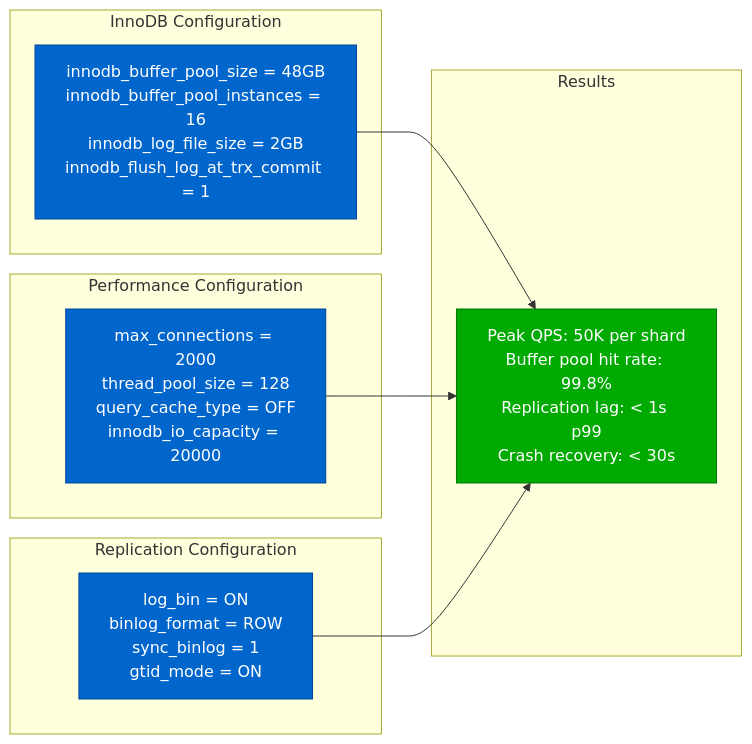
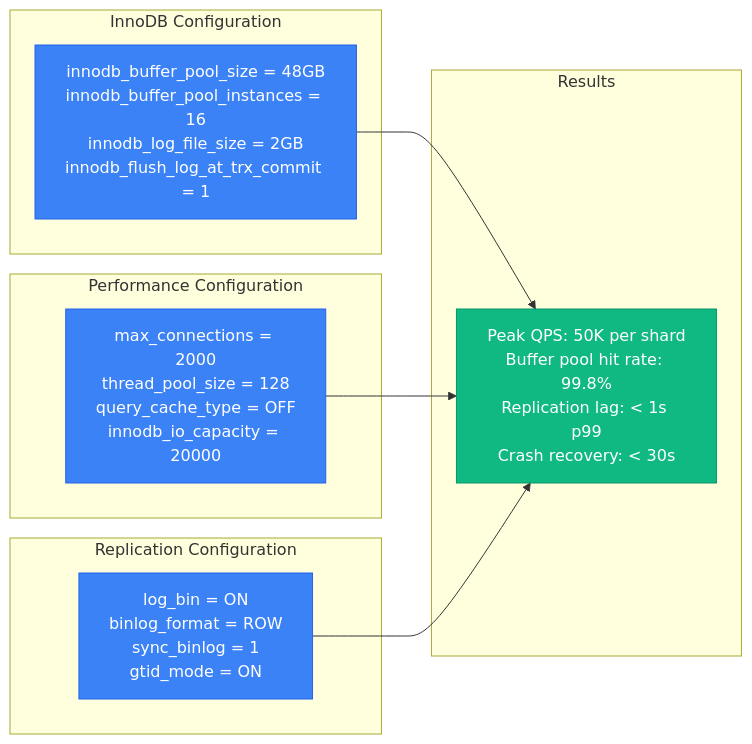
One commit to deepaucksharma/DS changed the tenth of 11 diagrams in site/docs/performance/mysql-performance-profile.md. Above: the diagram before and after it, drawn with Mermaid. The commit also changed other lines of this file and 303 other files, not shown here.

````diff
--- a/site/docs/performance/mysql-performance-profile.md
+++ b/site/docs/performance/mysql-performance-profile.md
@@ -398,28 +398,28 @@
 ```mermaid
 graph LR
     subgraph "InnoDB Configuration"
         I1[innodb_buffer_pool_size = 48GB<br/>innodb_buffer_pool_instances = 16<br/>innodb_log_file_size = 2GB<br/>innodb_flush_log_at_trx_commit = 1]
     end
 
     subgraph "Performance Configuration"
         P1[max_connections = 2000<br/>thread_pool_size = 128<br/>query_cache_type = OFF<br/>innodb_io_capacity = 20000]
     end
 
     subgraph "Replication Configuration"
         R1[log_bin = ON<br/>binlog_format = ROW<br/>sync_binlog = 1<br/>gtid_mode = ON]
     end
 
     subgraph "Results"
         RES1[Peak QPS: 50K per shard<br/>Buffer pool hit rate: 99.8%<br/>Replication lag: < 1s p99<br/>Crash recovery: < 30s]
     end
 
     I1 --> RES1
     P1 --> RES1
     R1 --> RES1
 
-    classDef configStyle fill:#0066CC,stroke:#004499,color:#fff
-    classDef resultStyle fill:#00AA00,stroke:#007700,color:#fff
+    classDef configStyle fill:#3B82F6,stroke:#2563EB,color:#fff
+    classDef resultStyle fill:#10B981,stroke:#059669,color:#fff
 
     class I1,P1,R1 configStyle
     class RES1 resultStyle
 ```
````
